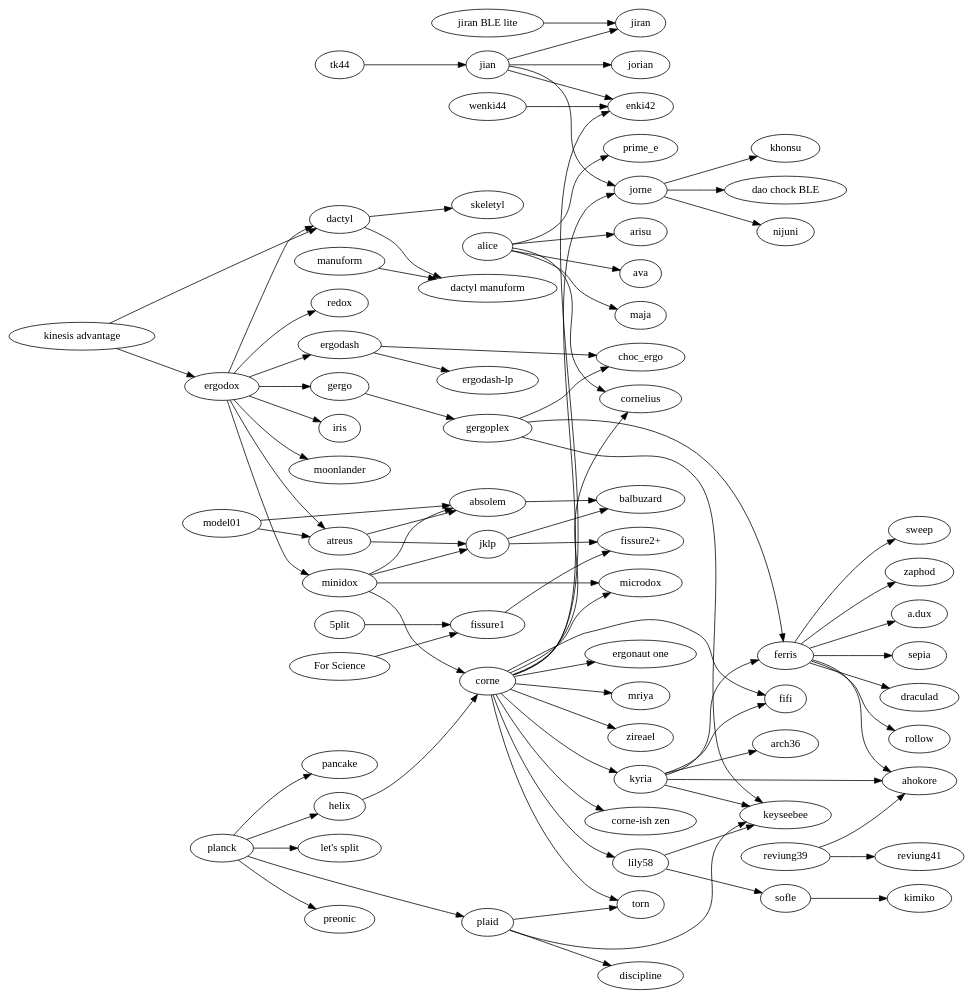
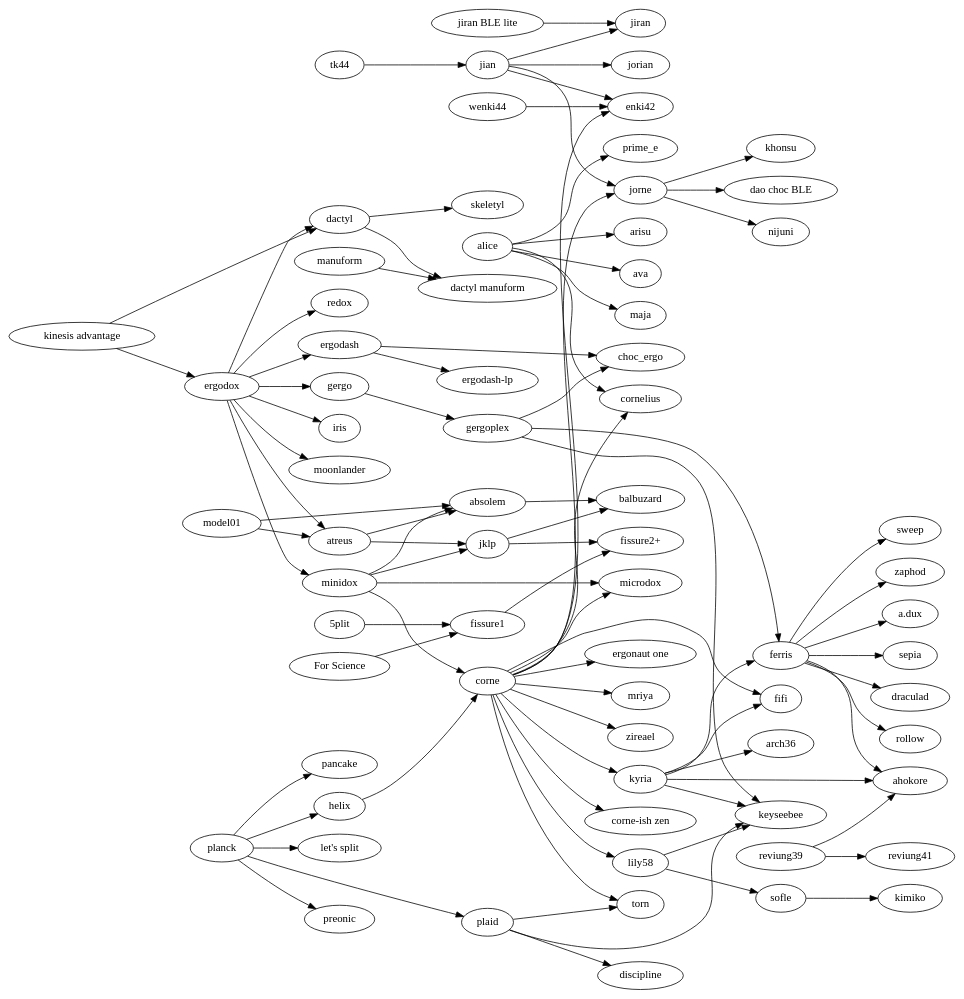
The diagram in tree.gv (joric/graph), drawn with Graphviz before and after one commit.

```diff
--- a/tree.gv
+++ b/tree.gv
@@ -1,155 +1,155 @@
 digraph {
   rankdir=LR;
 
   subgraph splits {
     helix -> corne;
     wenki44 -> enki42;
     "jiran BLE lite" -> jiran;
 
     jian -> {
       jorian;
       jorne;
       jiran;
       enki42;
     }
 
     jorne -> {
       nijuni;
       khonsu;
-      "dao chock BLE";
+      "dao choc BLE";
     }
 
     corne -> {
       "corne-ish zen";
       cornelius;
       fifi;
       kyria;
       lily58;
       microdox;
       torn;
       jorne;
       "ergonaut one";
       mriya;
       zireael;
       enki42;
     };
 
     lily58 -> {
       keyseebee;
       sofle;
     };
 
     kyria -> {
         ahokore;
         arch36;
         ferris;
         fifi;
         keyseebee;
     };
 
     "kinesis advantage" -> {
       ergodox;
       dactyl;
     };
 
     ergodox -> {
       atreus;
       dactyl;
       ergodash;
       gergo;
       iris;
       minidox;
       moonlander;
       redox;
     };
 
     ergodash -> {
       "ergodash-lp";
       choc_ergo;
     };
 
     gergo -> gergoplex;
     gergoplex -> {
       choc_ergo;
       ferris;
       keyseebee;
     };
 
     ferris -> {
       ahokore;
       sepia;
       draculad;
       rollow;
       sweep;
       zaphod;
       "a.dux";
     };
 
     manuform -> "dactyl manuform";
 
     minidox -> {
       absolem;
       corne;
       microdox;
       jklp;
     };
 
     model01 -> {
       absolem;
       atreus;
     };
 
     sofle -> kimiko;
 
     "5plit" -> "fissure1";
     "For Science" -> "fissure1";
     fissure1 -> "fissure2+";
     jklp -> "fissure2+";
   }
 
   subgraph unibody {
     atreus -> {
       absolem;
       jklp;
     };
     jklp -> balbuzard;
     absolem -> balbuzard;
     reviung39 -> {
       ahokore;
       reviung41;
     };
     tk44->jian;
   };
 
   subgraph ortholinear {
     plaid -> {
       discipline;
       keyseebee;
       torn;
     };
     planck -> {
       helix;
       "let's split";
       plaid;
       preonic;
       pancake;
     };
   }
 
   subgraph {
     dactyl -> {
       "dactyl manuform";
       skeletyl;
     }
   }
 
   subgraph alicefamily {
     alice -> {
       arisu;
       ava;
       cornelius;
       maja;
       prime_e;
     }
   }
 }
```
